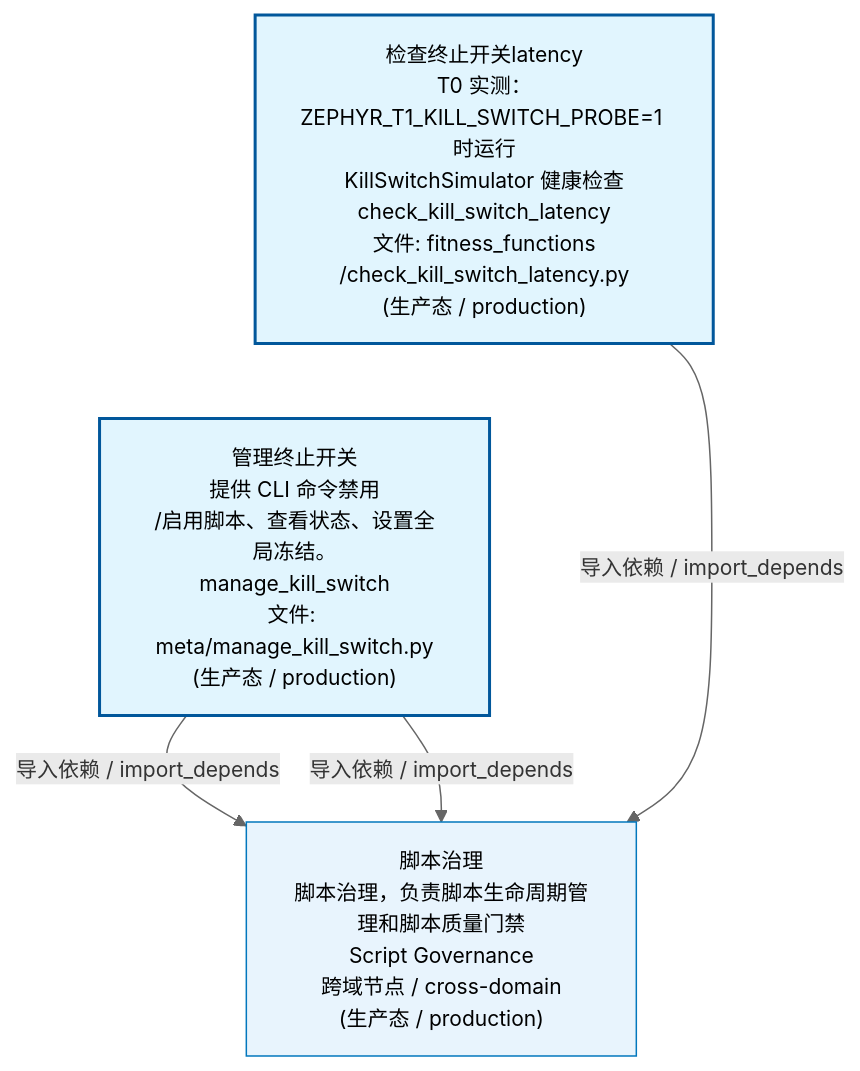
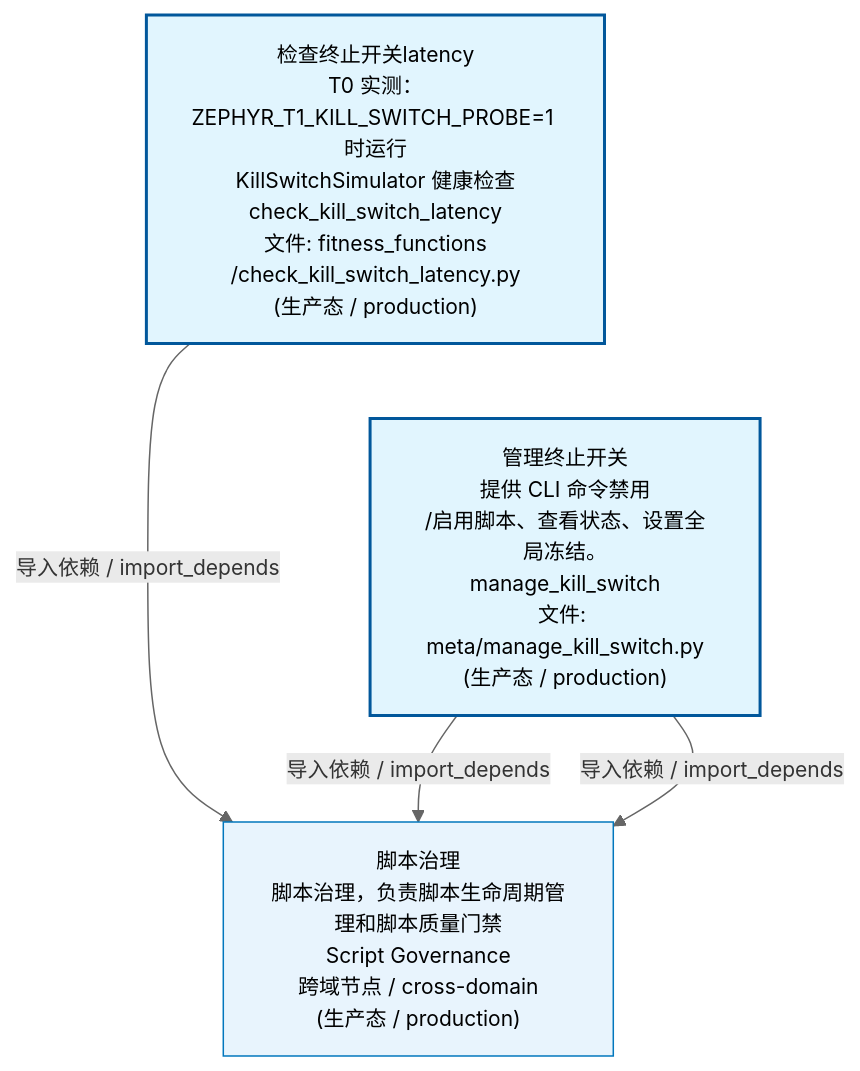
One commit to xuanFelixVan/ZephyrAlpha changed the first of 3 diagrams in docs/02_enterprise_architecture/02_domain_architecture_docs/34_d_autonomy_perm.md. Above: the diagram before and after it, drawn with Mermaid. The commit also changed other lines of this file and 50 other files, not shown here.

````diff
--- a/docs/02_enterprise_architecture/02_domain_architecture_docs/34_d_autonomy_perm.md
+++ b/docs/02_enterprise_architecture/02_domain_architecture_docs/34_d_autonomy_perm.md
@@ -53,17 +53,17 @@
 ```mermaid
 %%{init: {'theme': 'base', 'themeVariables': {'primaryColor': '#eaeaea', 'primaryTextColor': '#333333', 'primaryBorderColor': '#666666', 'lineColor': '#666666', 'secondaryColor': '#eaeaea', 'tertiaryColor': '#eaeaea', 'fontSize': '14px'}}}%%
 flowchart TD
     scripts_arch_guard_fitness_functions_check_kill_switch_latency_py["检查终止开关latency<br/>T0 实测：ZEPHYR_T1_KILL_SWITCH_PROBE=1 时运行<br/>KillSwitchSimulator 健康检查<br/>check_kill_switch_latency<br/>文件: fitness_functions<br/>/check_kill_switch_latency.py<br/>(生产态 / production)"]
     scripts_governance_meta_manage_kill_switch_py["管理终止开关<br/>提供 CLI 命令禁用<br/>/启用脚本、查看状态、设置全局冻结。<br/>manage_kill_switch<br/>文件: meta/manage_kill_switch.py<br/>(生产态 / production)"]
     scripts_arch_guard_fitness_functions_check_kill_switch_latency_py ~~~ scripts_governance_meta_manage_kill_switch_py
     D_GOV_SCRIPTS["脚本治理<br/>脚本治理，负责脚本生命周期管理和脚本质量门禁<br/>Script Governance<br/>跨域节点 / cross-domain<br/>(生产态 / production)"]
+    scripts_arch_guard_fitness_functions_check_kill_switch_latency_py -->|导入依赖 / import_depends| D_GOV_SCRIPTS
     scripts_governance_meta_manage_kill_switch_py -->|导入依赖 / import_depends| D_GOV_SCRIPTS
     scripts_governance_meta_manage_kill_switch_py -->|导入依赖 / import_depends| D_GOV_SCRIPTS
-    scripts_arch_guard_fitness_functions_check_kill_switch_latency_py -->|导入依赖 / import_depends| D_GOV_SCRIPTS
     classDef production fill:#e1f5fe,stroke:#01579b,stroke-width:2px,color:#000
     classDef design fill:#fff3e0,stroke:#e65100,stroke-width:2px,color:#000,stroke-dasharray: 5 5
     classDef external_prod fill:#e8f4fd,stroke:#0277bd,stroke-width:1px,color:#000
     classDef external_design fill:#fff8e7,stroke:#ef6c00,stroke-width:1px,color:#000,stroke-dasharray: 5 5
     class scripts_arch_guard_fitness_functions_check_kill_switch_latency_py,scripts_governance_meta_manage_kill_switch_py production
     class D_GOV_SCRIPTS external_prod
 ```
````
